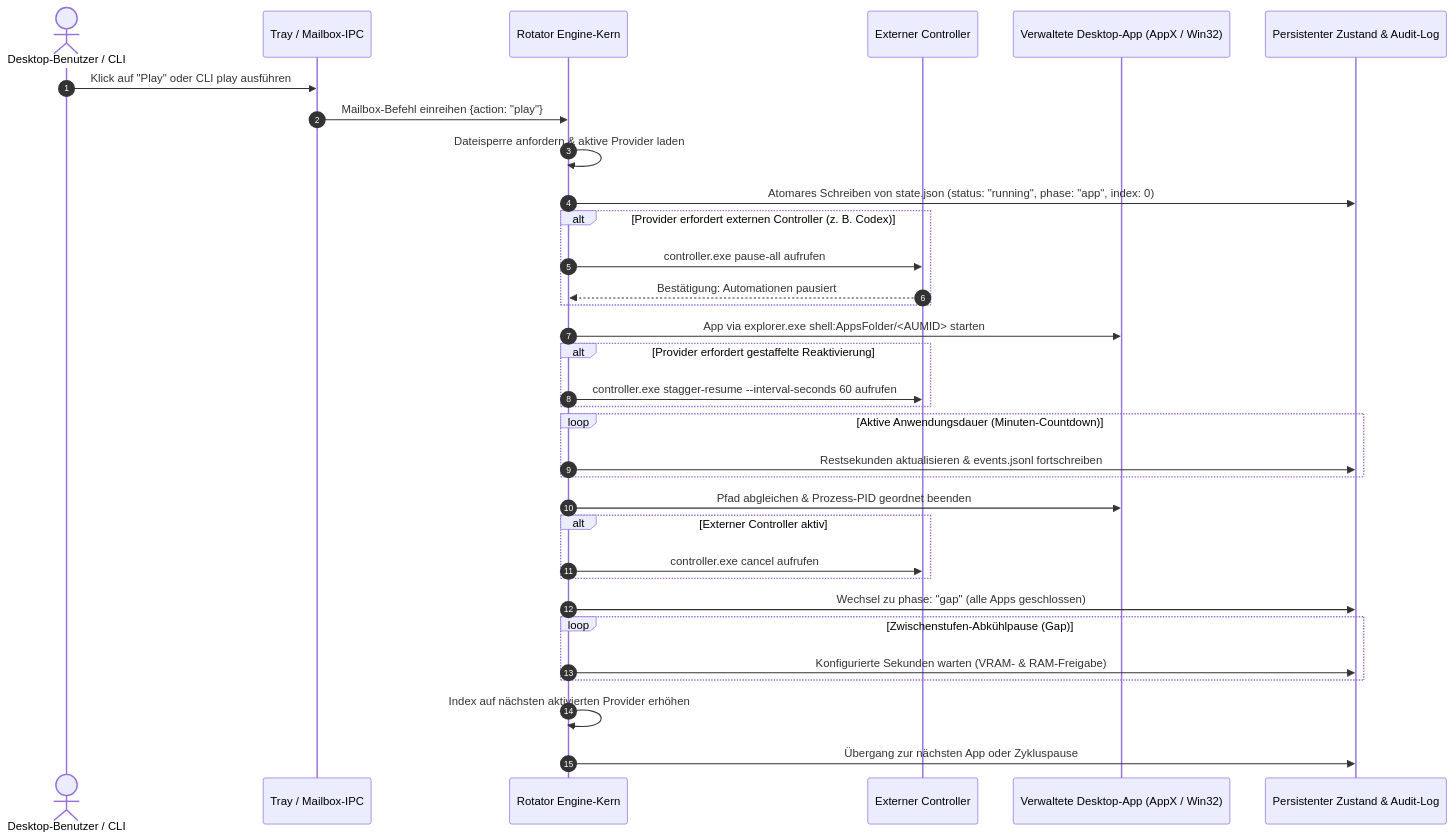
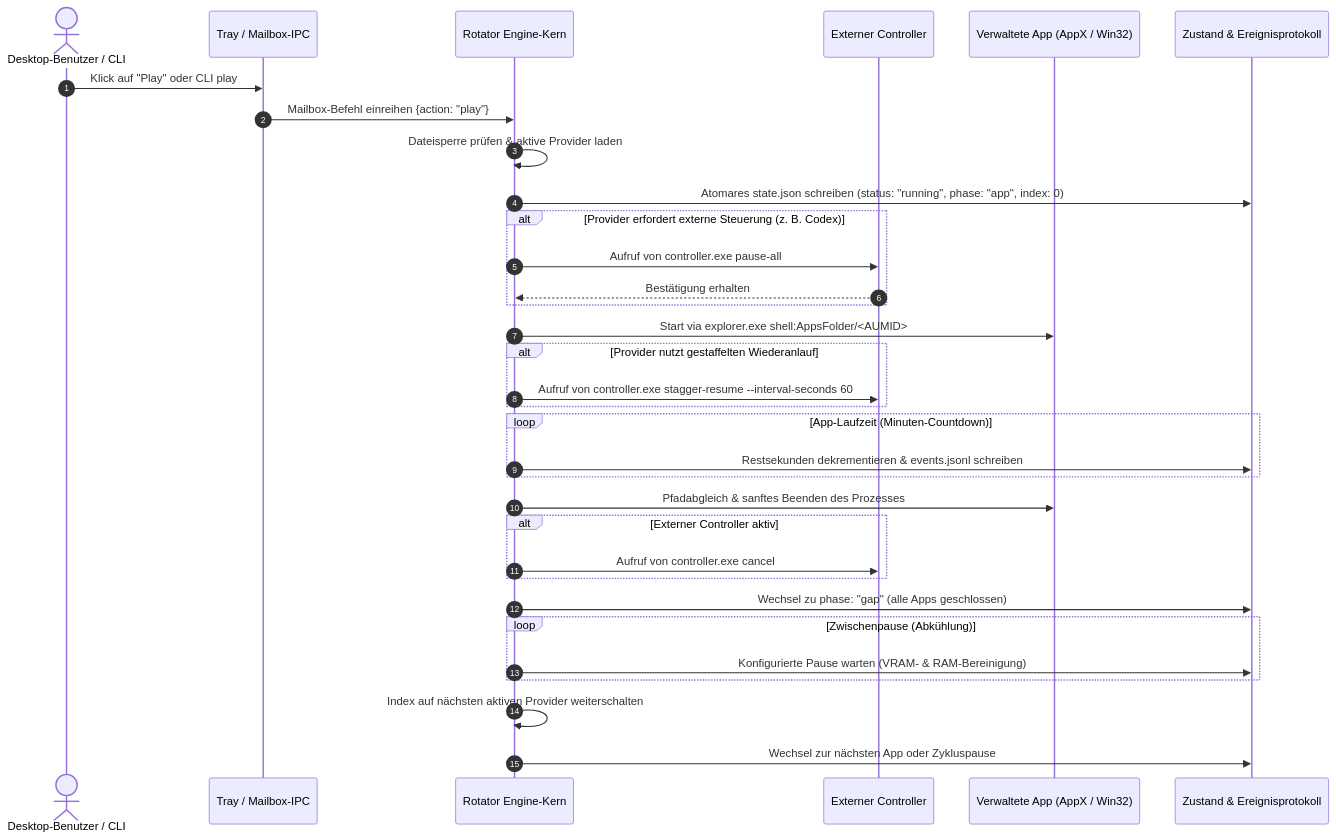
Before and after one commit to dev-bricks/app-rotator: the second of 2 diagrams in README_de.md, drawn with Mermaid. The commit also changed other lines of this file and 8 other files, not shown here.

````diff
--- a/README_de.md
+++ b/README_de.md
@@ -245,36 +309,36 @@
 ```mermaid
 sequenceDiagram
     autonumber
     actor User as Desktop-Benutzer / CLI
     participant Tray as Tray / Mailbox-IPC
     participant Engine as Rotator Engine-Kern
     participant Ctrl as Externer Controller
-    participant Apps as Verwaltete Desktop-App (AppX / Win32)
-    participant State as Persistenter Zustand & Audit-Log
+    participant Apps as Verwaltete App (AppX / Win32)
+    participant State as Zustand & Ereignisprotokoll
 
-    User->>Tray: Klick auf "Play" oder CLI play ausführen
+    User->>Tray: Klick auf "Play" oder CLI play
     Tray->>Engine: Mailbox-Befehl einreihen {action: "play"}
-    Engine->>Engine: Dateisperre anfordern & aktive Provider laden
-    Engine->>State: Atomares Schreiben von state.json (status: "running", phase: "app", index: 0)
-    alt Provider erfordert externen Controller (z. B. Codex)
-        Engine->>Ctrl: controller.exe pause-all aufrufen
-        Ctrl-->>Engine: Bestätigung: Automationen pausiert
+    Engine->>Engine: Dateisperre prüfen & aktive Provider laden
+    Engine->>State: Atomares state.json schreiben (status: "running", phase: "app", index: 0)
+    alt Provider erfordert externe Steuerung (z. B. Codex)
+        Engine->>Ctrl: Aufruf von controller.exe pause-all
+        Ctrl-->>Engine: Bestätigung erhalten
     end
-    Engine->>Apps: App via explorer.exe shell:AppsFolder/<AUMID> starten
-    alt Provider erfordert gestaffelte Reaktivierung
-        Engine->>Ctrl: controller.exe stagger-resume --interval-seconds 60 aufrufen
+    Engine->>Apps: Start via explorer.exe shell:AppsFolder/<AUMID>
+    alt Provider nutzt gestaffelten Wiederanlauf
+        Engine->>Ctrl: Aufruf von controller.exe stagger-resume --interval-seconds 60
     end
-    loop Aktive Anwendungsdauer (Minuten-Countdown)
-        Engine->>State: Restsekunden aktualisieren & events.jsonl fortschreiben
+    loop App-Laufzeit (Minuten-Countdown)
+        Engine->>State: Restsekunden dekrementieren & events.jsonl schreiben
     end
-    Engine->>Apps: Pfad abgleichen & Prozess-PID geordnet beenden
+    Engine->>Apps: Pfadabgleich & sanftes Beenden des Prozesses
     alt Externer Controller aktiv
-        Engine->>Ctrl: controller.exe cancel aufrufen
+        Engine->>Ctrl: Aufruf von controller.exe cancel
     end
     Engine->>State: Wechsel zu phase: "gap" (alle Apps geschlossen)
-    loop Zwischenstufen-Abkühlpause (Gap)
-        Engine->>State: Konfigurierte Sekunden warten (VRAM- & RAM-Freigabe)
+    loop Zwischenpause (Abkühlung)
+        Engine->>State: Konfigurierte Pause warten (VRAM- & RAM-Bereinigung)
     end
-    Engine->>Engine: Index auf nächsten aktivierten Provider erhöhen
-    Engine->>State: Übergang zur nächsten App oder Zykluspause
+    Engine->>Engine: Index auf nächsten aktiven Provider weiterschalten
+    Engine->>State: Wechsel zur nächsten App oder Zykluspause
 ```
````
